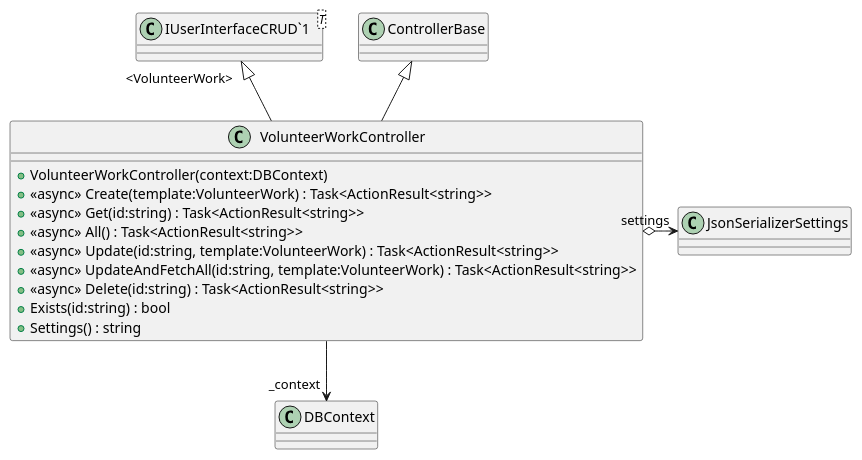
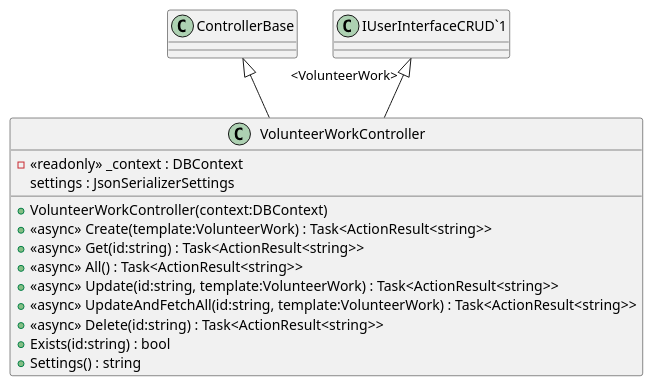
The diagram in YouthActionDotNet/UML/Controllers/VolunteerWorkController.puml (timothxy/ICT2106_P3_Project), drawn with PlantUML before and after one commit. The commit also changed 23 other files, not shown here.

```diff
--- a/YouthActionDotNet/UML/Controllers/VolunteerWorkController.puml
+++ b/YouthActionDotNet/UML/Controllers/VolunteerWorkController.puml
@@ -1,19 +1,17 @@
 @startuml
 class VolunteerWorkController {
+    - <<readonly>> _context : DBContext
+    settings : JsonSerializerSettings
     + VolunteerWorkController(context:DBContext)
     + <<async>> Create(template:VolunteerWork) : Task<ActionResult<string>>
     + <<async>> Get(id:string) : Task<ActionResult<string>>
     + <<async>> All() : Task<ActionResult<string>>
     + <<async>> Update(id:string, template:VolunteerWork) : Task<ActionResult<string>>
     + <<async>> UpdateAndFetchAll(id:string, template:VolunteerWork) : Task<ActionResult<string>>
     + <<async>> Delete(id:string) : Task<ActionResult<string>>
     + Exists(id:string) : bool
     + Settings() : string
 }
-class "IUserInterfaceCRUD`1"<T> {
-}
 ControllerBase <|-- VolunteerWorkController
 "IUserInterfaceCRUD`1" "<VolunteerWork>" <|-- VolunteerWorkController
-VolunteerWorkController --> "_context" DBContext
-VolunteerWorkController o-> "settings" JsonSerializerSettings
 @enduml
```
